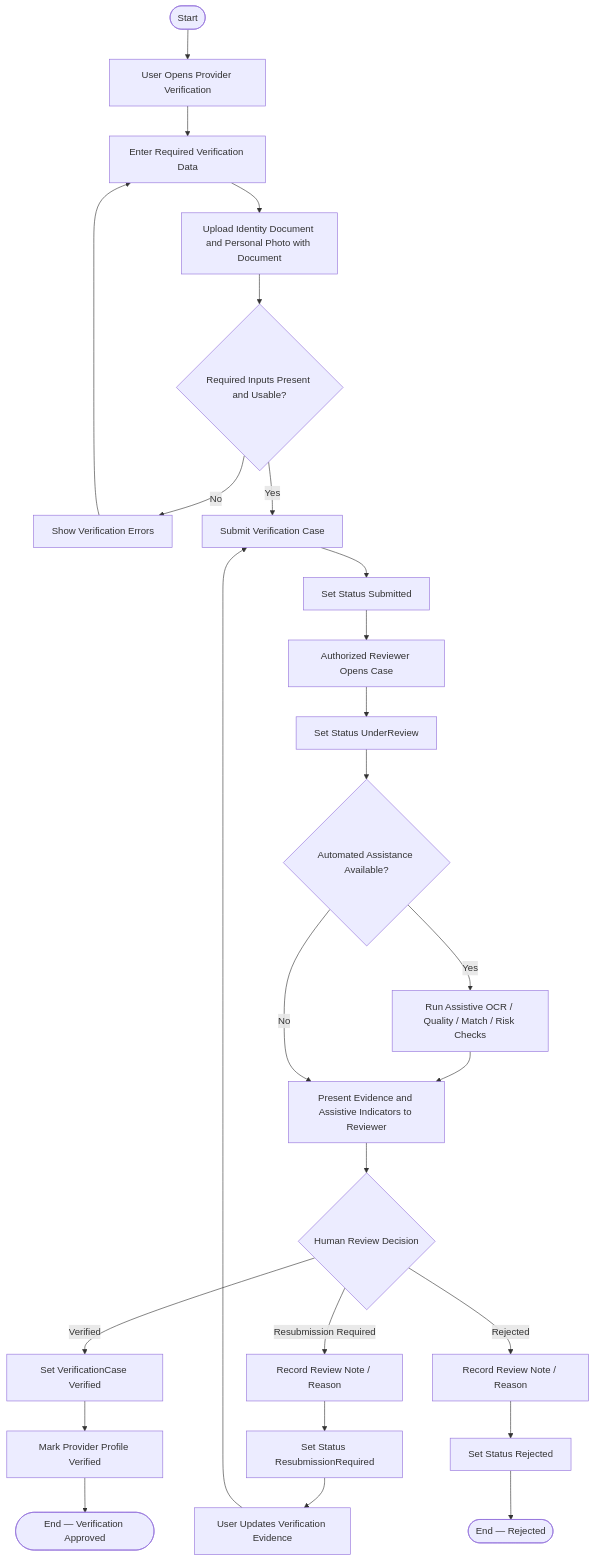
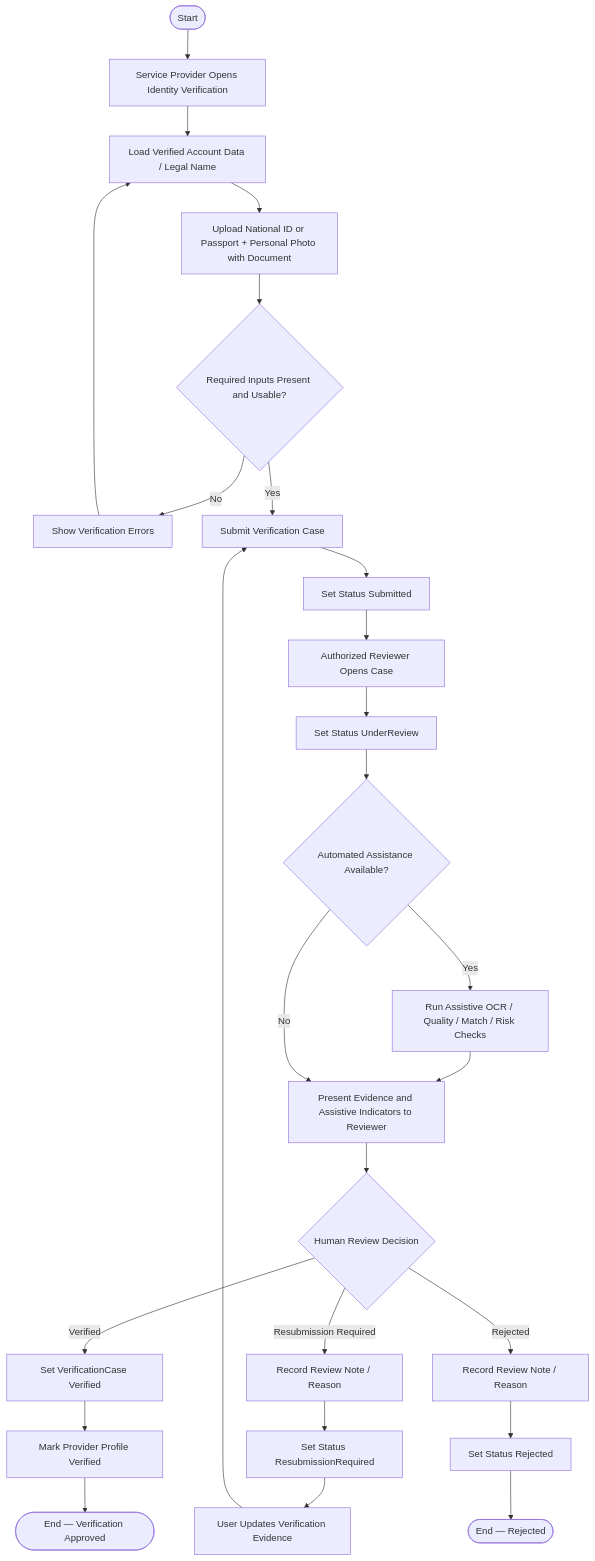
Before and after one commit to Yadd-SanaaUniversityGraduationProject/yadd: the diagram in diagrams/03-analysis/uml/activity/activity-provider-verification.md, drawn with Mermaid. The commit also changed other lines of this file, not shown here.

Commit message:
uml: scope provider verification activity to service providers per DEC-085

````diff
--- a/diagrams/03-analysis/uml/activity/activity-provider-verification.md
+++ b/diagrams/03-analysis/uml/activity/activity-provider-verification.md
@@ -17,35 +17,35 @@
 ```mermaid
 flowchart TD
-    S([Start]) --> A[User Opens Provider Verification]
-    A --> B[Enter Required Verification Data]
-    B --> C[Upload Identity Document and Personal Photo with Document]
+    S([Start]) --> A[Service Provider Opens Identity Verification]
+    A --> B[Load Verified Account Data / Legal Name]
+    B --> C[Upload National ID or Passport + Personal Photo with Document]
     C --> D{Required Inputs Present and Usable?}
 
     D -- No --> E[Show Verification Errors]
     E --> B
 
     D -- Yes --> F[Submit Verification Case]
     F --> G[Set Status Submitted]
     G --> H[Authorized Reviewer Opens Case]
     H --> I[Set Status UnderReview]
 
     I --> J{Automated Assistance Available?}
     J -- Yes --> K[Run Assistive OCR / Quality / Match / Risk Checks]
     K --> L[Present Evidence and Assistive Indicators to Reviewer]
     J -- No --> L
 
     L --> M{Human Review Decision}
 
     M -- Verified --> N[Set VerificationCase Verified]
     N --> O[Mark Provider Profile Verified]
     O --> ZV([End — Verification Approved])
 
     M -- Resubmission Required --> P[Record Review Note / Reason]
     P --> Q[Set Status ResubmissionRequired]
     Q --> R[User Updates Verification Evidence]
     R --> F
 
     M -- Rejected --> T[Record Review Note / Reason]
     T --> U[Set Status Rejected]
     U --> ZR([End — Rejected])
 ```
````
